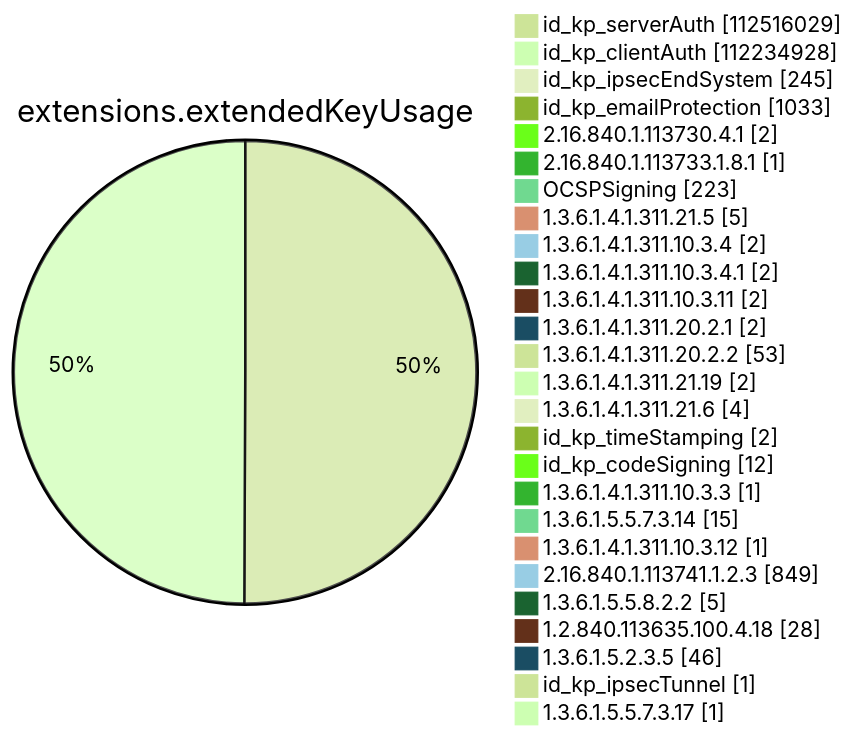
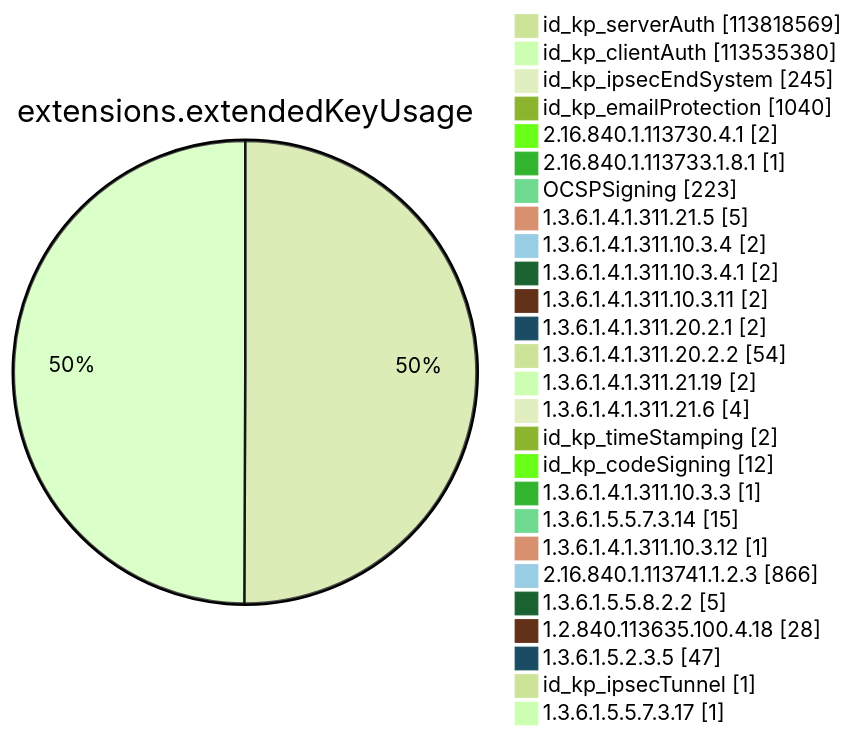
Before and after one commit to christiankrug/ctmonitor_visualization: diagram 11 of 15 in xenon2023/README.md, drawn with Mermaid (forest theme). The commit also changed other lines of this file, not shown here.

````diff
--- a/xenon2023/README.md
+++ b/xenon2023/README.md
@@ -2656,30 +2666,30 @@
 ```mermaid
 pie showData
 title extensions.extendedKeyUsage
-"id_kp_serverAuth" :112516029
-"id_kp_clientAuth" :112234928
+"id_kp_serverAuth" :113818569
+"id_kp_clientAuth" :113535380
 "id_kp_ipsecEndSystem" :245
-"id_kp_emailProtection" :1033
+"id_kp_emailProtection" :1040
 "2.16.840.1.113730.4.1" :2
 "2.16.840.1.113733.1.8.1" :1
 "OCSPSigning" :223
 "1.3.6.1.4.1.311.21.5" :5
 "1.3.6.1.4.1.311.10.3.4" :2
 "1.3.6.1.4.1.311.10.3.4.1" :2
 "1.3.6.1.4.1.311.10.3.11" :2
 "1.3.6.1.4.1.311.20.2.1" :2
-"1.3.6.1.4.1.311.20.2.2" :53
+"1.3.6.1.4.1.311.20.2.2" :54
 "1.3.6.1.4.1.311.21.19" :2
 "1.3.6.1.4.1.311.21.6" :4
 "id_kp_timeStamping" :2
 "id_kp_codeSigning" :12
 "1.3.6.1.4.1.311.10.3.3" :1
 "1.3.6.1.5.5.7.3.14" :15
 "1.3.6.1.4.1.311.10.3.12" :1
-"2.16.840.1.113741.1.2.3" :849
+"2.16.840.1.113741.1.2.3" :866
 "1.3.6.1.5.5.8.2.2" :5
 "1.2.840.113635.100.4.18" :28
-"1.3.6.1.5.2.3.5" :46
+"1.3.6.1.5.2.3.5" :47
 "id_kp_ipsecTunnel" :1
 "1.3.6.1.5.5.7.3.17" :1
 ```
````
